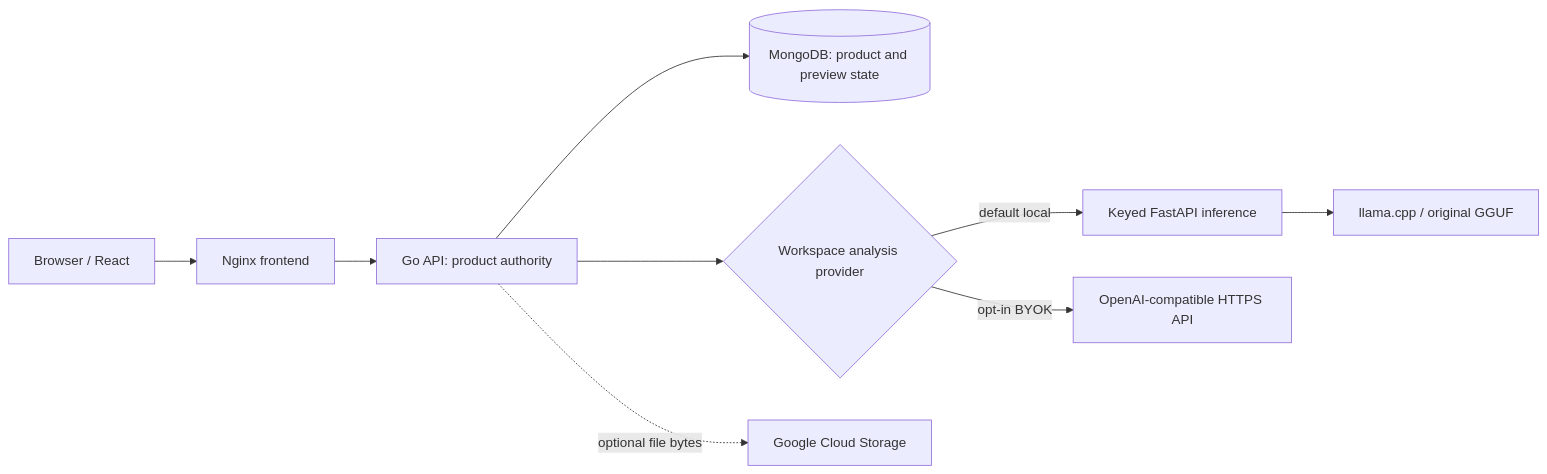
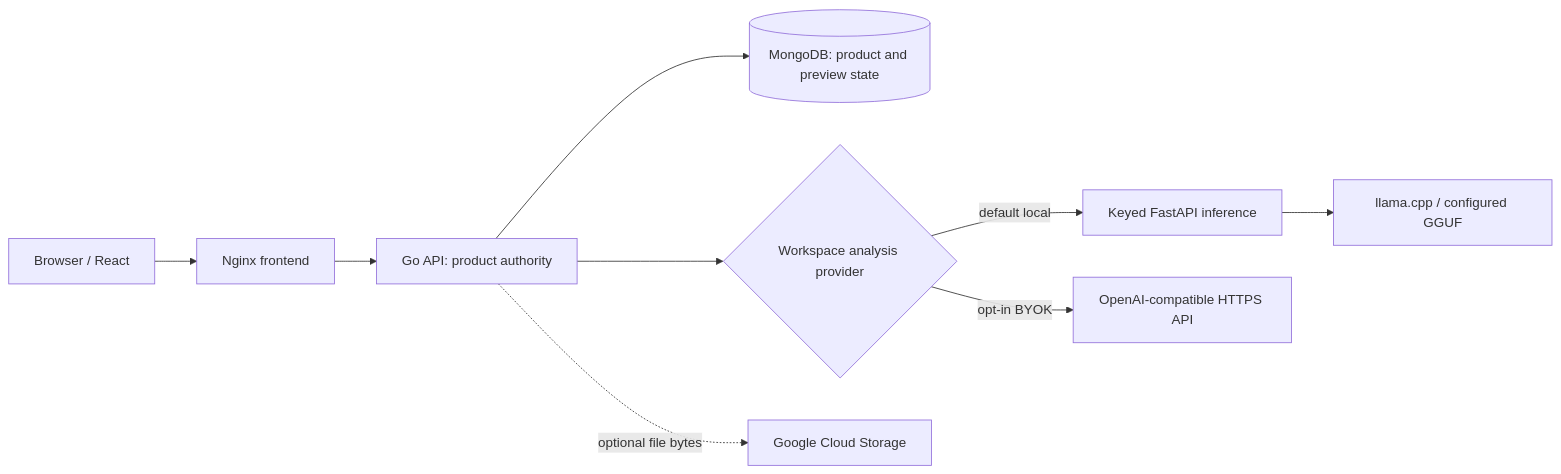
One commit to muneeb-anjum0/Drift changed the diagram in docs/architecture.md. Above: the diagram before and after it, drawn with Mermaid. The commit also changed other lines of this file and 58 other files, not shown here.

````diff
--- a/docs/architecture.md
+++ b/docs/architecture.md
@@ -7,11 +7,11 @@
 ```mermaid
 flowchart LR
   Browser[Browser / React] --> Nginx[Nginx frontend]
   Nginx --> Go[Go API: product authority]
   Go --> Mongo[(MongoDB: product and preview state)]
   Go --> Provider{Workspace analysis provider}
   Provider -->|default local| FastAPI[Keyed FastAPI inference]
-  FastAPI --> Llama[llama.cpp / original GGUF]
+  FastAPI --> Llama[llama.cpp / configured GGUF]
   Provider -->|opt-in BYOK| External[OpenAI-compatible HTTPS API]
   Go -. optional file bytes .-> GCS[Google Cloud Storage]
 ```
````
